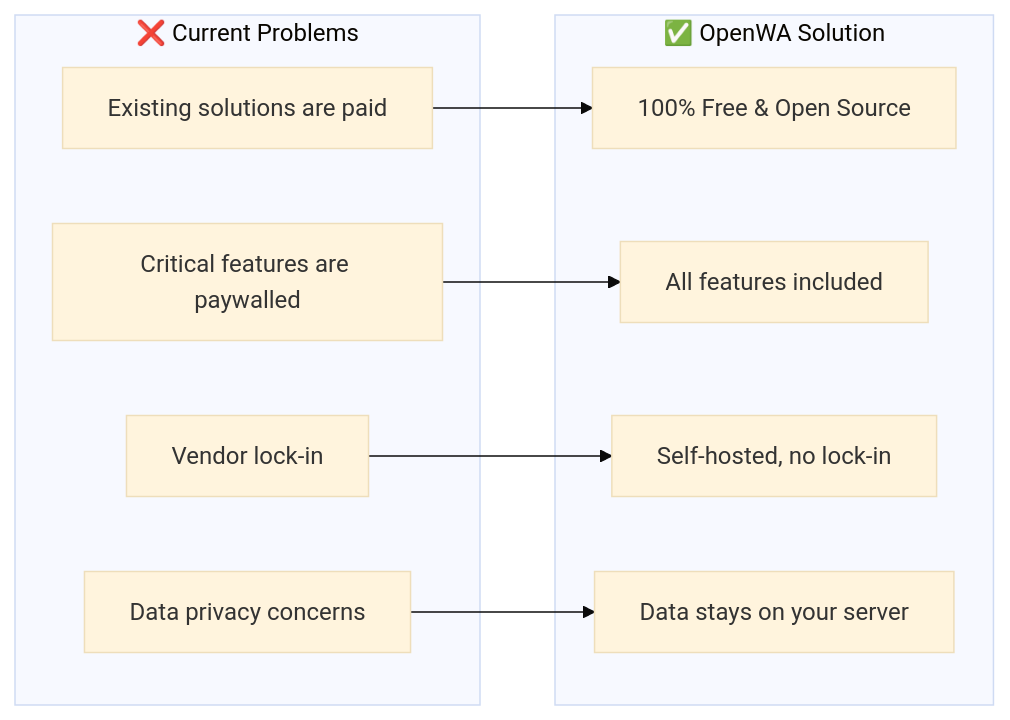
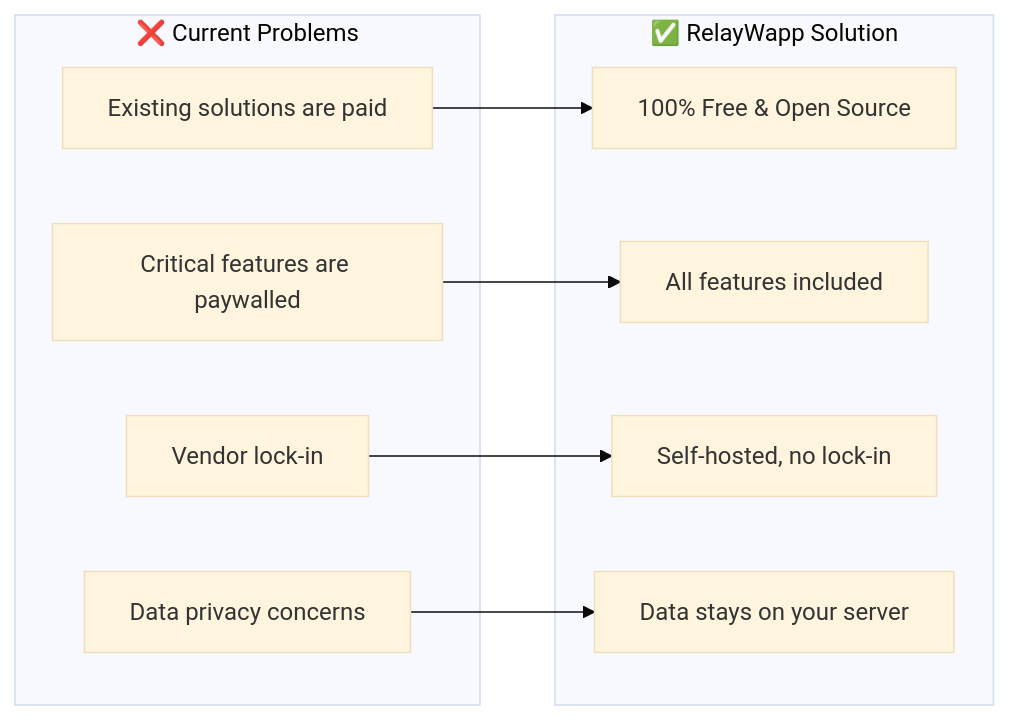
Before and after one commit to FaisalKabirGalib/whitelabel-whatsapp-gateway: the first of 5 diagrams in docs/01-project-overview.md, drawn with Mermaid (base theme). The commit also changed other lines of this file and 51 other files, not shown here.

Commit message:
docs: rebrand documentation for RelayWapp

````diff
--- a/docs/01-project-overview.md
+++ b/docs/01-project-overview.md
@@ -36,21 +36,21 @@
 ```mermaid
 flowchart LR
     subgraph Problems["❌ Current Problems"]
         P1[Existing solutions are paid]
         P2[Critical features are paywalled]
         P3[Vendor lock-in]
         P4[Data privacy concerns]
     end
 
-    subgraph Solution["✅ OpenWA Solution"]
+    subgraph Solution["✅ RelayWapp Solution"]
         S1[100% Free & Open Source]
         S2[All features included]
         S3[Self-hosted, no lock-in]
         S4[Data stays on your server]
     end
 
     P1 --> S1
     P2 --> S2
     P3 --> S3
     P4 --> S4
 ```
````
